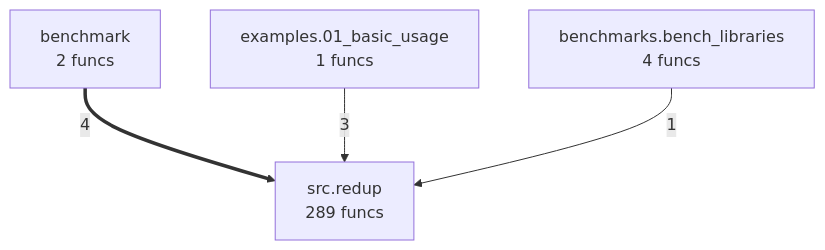
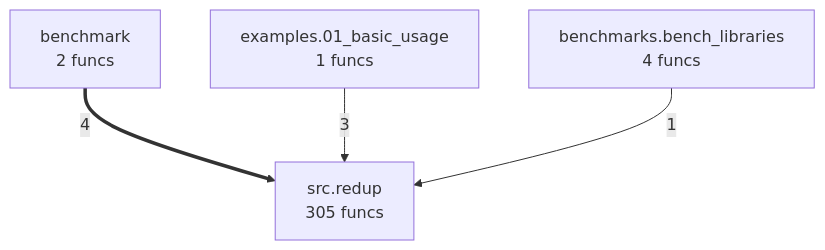
The diagram in project/compact_flow.mmd (semcod/redup), drawn with Mermaid before and after one commit. The commit also changed 66 other files, not shown here.

```diff
--- a/project/compact_flow.mmd
+++ b/project/compact_flow.mmd
@@ -1,8 +1,8 @@
 flowchart TD
     benchmark["benchmark<br/>2 funcs"]
-    benchmarks_bench_libraries["benchmarks.bench_libraries<br/>4 funcs"]
-    examples_01_basic_usage["examples.01_basic_usage<br/>1 funcs"]
-    src_redup["src.redup<br/>289 funcs"]
-    benchmark ==>|4| src_redup
-    examples_01_basic_usage -->|3| src_redup
-    benchmarks_bench_libraries -->|1| src_redup
+    benchmarks__bench_libraries["benchmarks.bench_libraries<br/>4 funcs"]
+    examples__01_basic_usage["examples.01_basic_usage<br/>1 funcs"]
+    src__redup["src.redup<br/>305 funcs"]
+    benchmark ==>|4| src__redup
+    examples__01_basic_usage -->|3| src__redup
+    benchmarks__bench_libraries -->|1| src__redup
```
